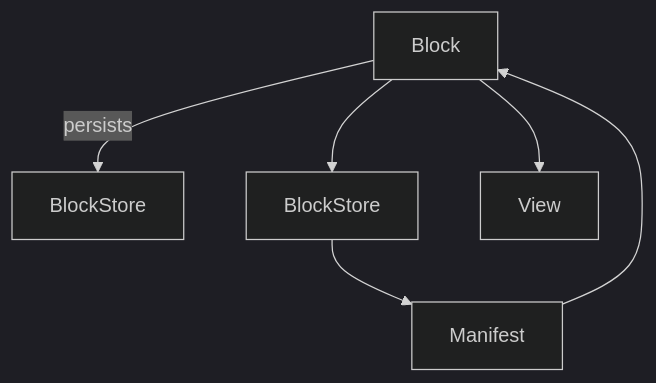
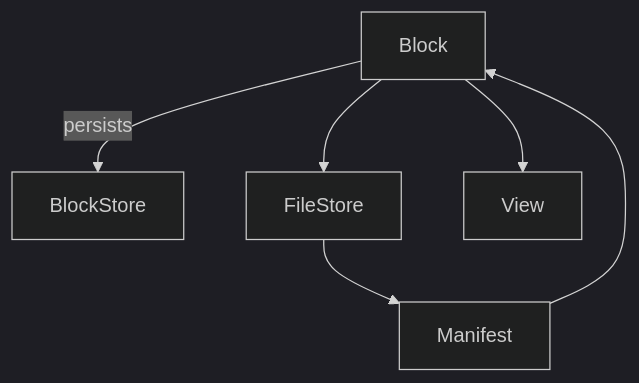
The first of 2 diagrams in README.md (AdrielC/graviton), drawn with Mermaid (dark theme) before and after one commit. The commit also changed other lines of this file, not shown here.

````diff
--- a/README.md
+++ b/README.md
@@ -16,8 +16,8 @@
 ```mermaid
 graph TD
     B[Block] -->|persists| S[BlockStore]
-    B --> R[BlockStore]
+    B --> R[FileStore]
     R --> M[Manifest]
     M --> B[Block]
     B --> V[View]
 ```
````
